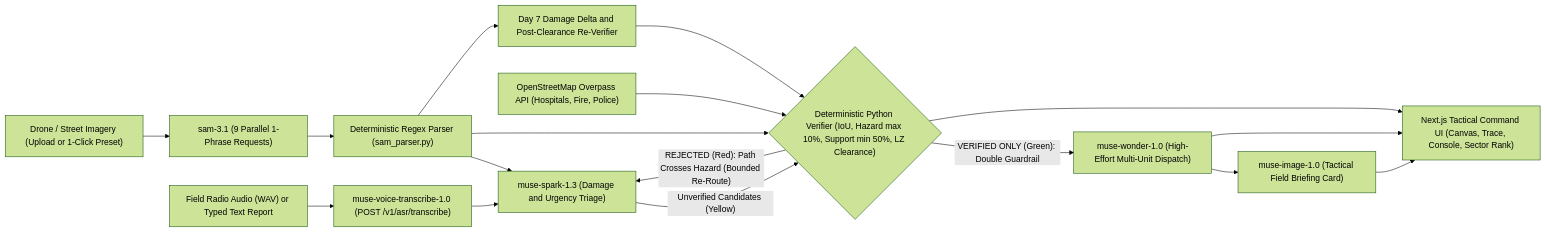
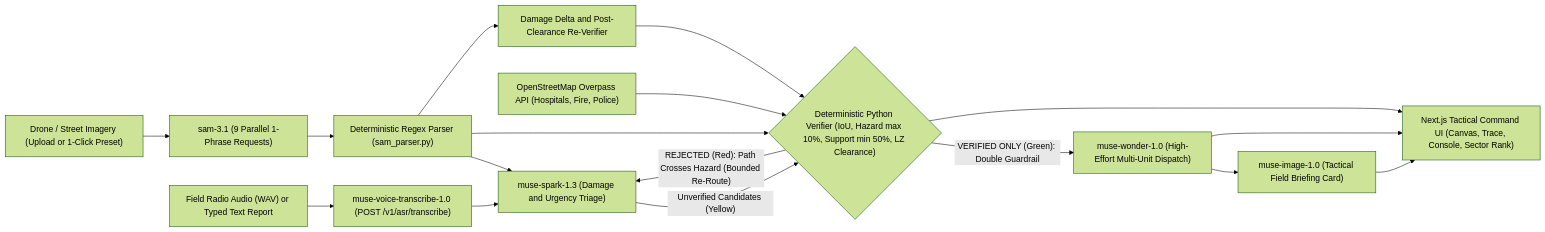
Before and after one commit to Sameer769dev/CrisisGrid: the first of 3 diagrams in README.md, drawn with Mermaid (forest theme). The commit also changed other lines of this file and 17 other files, not shown here.

````diff
--- a/README.md
+++ b/README.md
@@ -76,19 +76,19 @@
 ```mermaid
 flowchart LR
     A["Drone / Street Imagery (Upload or 1-Click Preset)"] --> B["sam-3.1 (9 Parallel 1-Phrase Requests)"]
     R["Field Radio Audio (WAV) or Typed Text Report"] --> T["muse-voice-transcribe-1.0 (POST /v1/asr/transcribe)"]
     T --> S["muse-spark-1.3 (Damage and Urgency Triage)"]
     B --> P["Deterministic Regex Parser (sam_parser.py)"]
     P --> S
     P --> V{"Deterministic Python Verifier (IoU, Hazard max 10%, Support min 50%, LZ Clearance)"}
     S -- "Unverified Candidates (Yellow)" --> V
     O["OpenStreetMap Overpass API (Hospitals, Fire, Police)"] --> V
     V -- "REJECTED (Red): Path Crosses Hazard (Bounded Re-Route)" --> S
     V -- "VERIFIED ONLY (Green): Double Guardrail" --> W["muse-wonder-1.0 (High-Effort Multi-Unit Dispatch)"]
     W --> I["muse-image-1.0 (Tactical Field Briefing Card)"]
-    P --> D["Day 7 Damage Delta and Post-Clearance Re-Verifier"]
+    P --> D["Damage Delta and Post-Clearance Re-Verifier"]
     D --> V
     V --> UI["Next.js Tactical Command UI (Canvas, Trace, Console, Sector Rank)"]
     W --> UI
     I --> UI
 ```
````
